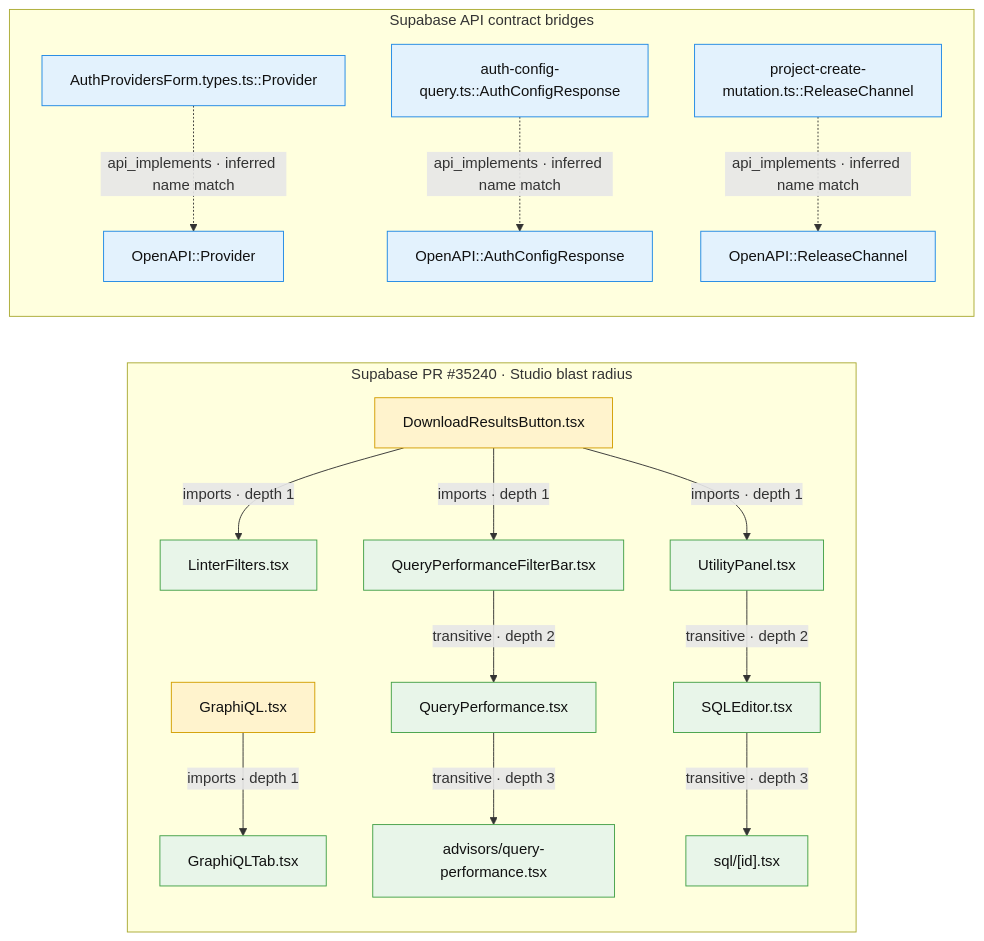
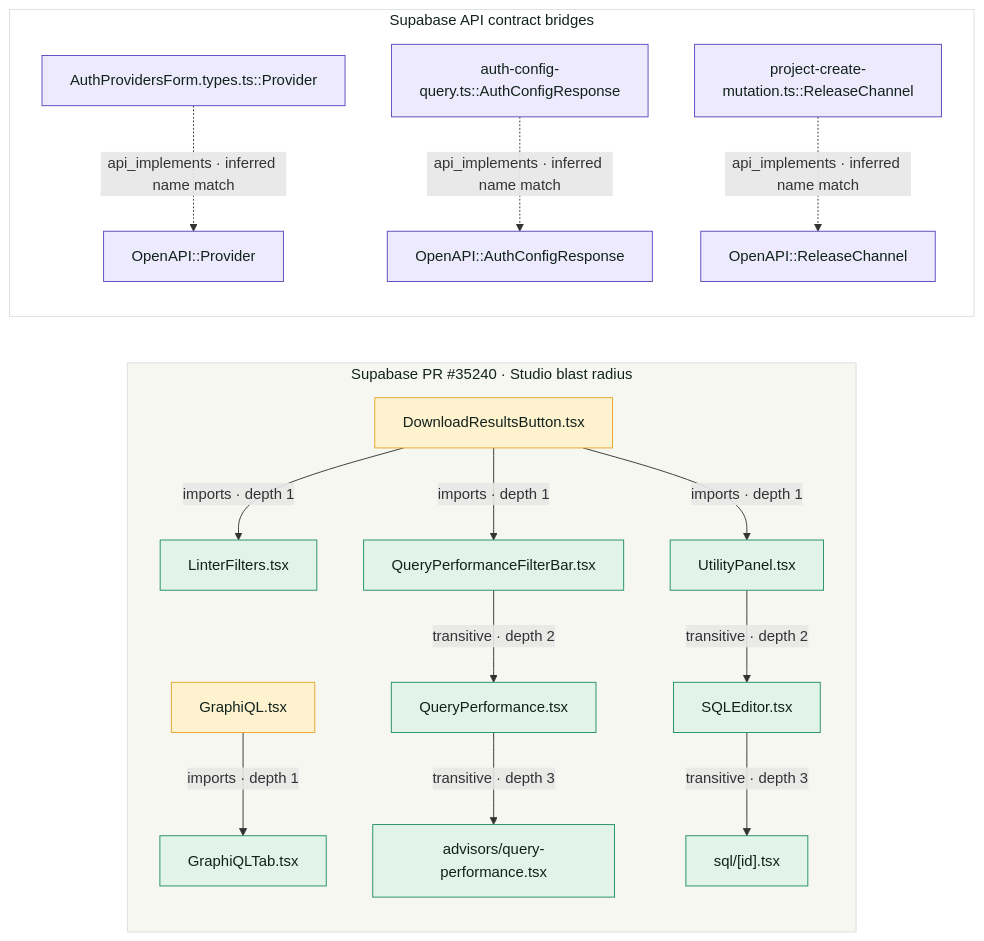
The diagram in README.md (yesprasad/deep-graph), drawn with Mermaid before and after one commit.

Commit message:
docs: apply editorial Mermaid color system

````diff
--- a/README.md
+++ b/README.md
@@ -164,44 +164,46 @@
 ```mermaid
 flowchart LR
   subgraph PR[Supabase PR #35240 · Studio blast radius]
     GraphiQL["GraphiQL.tsx"]
     GraphiQLTab["GraphiQLTab.tsx"]
     Download["DownloadResultsButton.tsx"]
     Linter["LinterFilters.tsx"]
     QueryBar["QueryPerformanceFilterBar.tsx"]
     Utility["UtilityPanel.tsx"]
     QueryPerf["QueryPerformance.tsx"]
     SQLEditor["SQLEditor.tsx"]
     PerfPage["advisors/query-performance.tsx"]
     SqlPage["sql/[id].tsx"]
 
     GraphiQL -->|imports · depth 1| GraphiQLTab
     Download -->|imports · depth 1| Linter
     Download -->|imports · depth 1| QueryBar
     Download -->|imports · depth 1| Utility
     QueryBar -->|transitive · depth 2| QueryPerf
     Utility -->|transitive · depth 2| SQLEditor
     QueryPerf -->|transitive · depth 3| PerfPage
     SQLEditor -->|transitive · depth 3| SqlPage
   end
 
   subgraph API[Supabase API contract bridges]
     ProviderTS["AuthProvidersForm.types.ts::Provider"]
     ProviderAPI["OpenAPI::Provider"]
     AuthTS["auth-config-query.ts::AuthConfigResponse"]
     AuthAPI["OpenAPI::AuthConfigResponse"]
     ReleaseTS["project-create-mutation.ts::ReleaseChannel"]
     ReleaseAPI["OpenAPI::ReleaseChannel"]
 
     ProviderTS -.->|api_implements · inferred name match| ProviderAPI
     AuthTS -.->|api_implements · inferred name match| AuthAPI
     ReleaseTS -.->|api_implements · inferred name match| ReleaseAPI
   end
 
-  classDef changed fill:#fff3cd,stroke:#d39e00,color:#111;
-  classDef impacted fill:#e8f5e9,stroke:#43a047,color:#111;
-  classDef contract fill:#e3f2fd,stroke:#1e88e5,color:#111;
+  style PR fill:#f7f7f1,stroke:#d9e1d9,color:#11221c
+  style API fill:#ffffff,stroke:#d9e1d9,color:#11221c
+  classDef changed fill:#fff2ce,stroke:#e5a62d,color:#11221c;
+  classDef impacted fill:#e2f3e9,stroke:#1f8f61,color:#11221c;
+  classDef contract fill:#eeeafd,stroke:#5947bd,color:#11221c;
   class GraphiQL,Download changed;
   class GraphiQLTab,Linter,QueryBar,Utility,QueryPerf,SQLEditor,PerfPage,SqlPage impacted;
   class ProviderTS,ProviderAPI,AuthTS,AuthAPI,ReleaseTS,ReleaseAPI contract;
 ```
````
